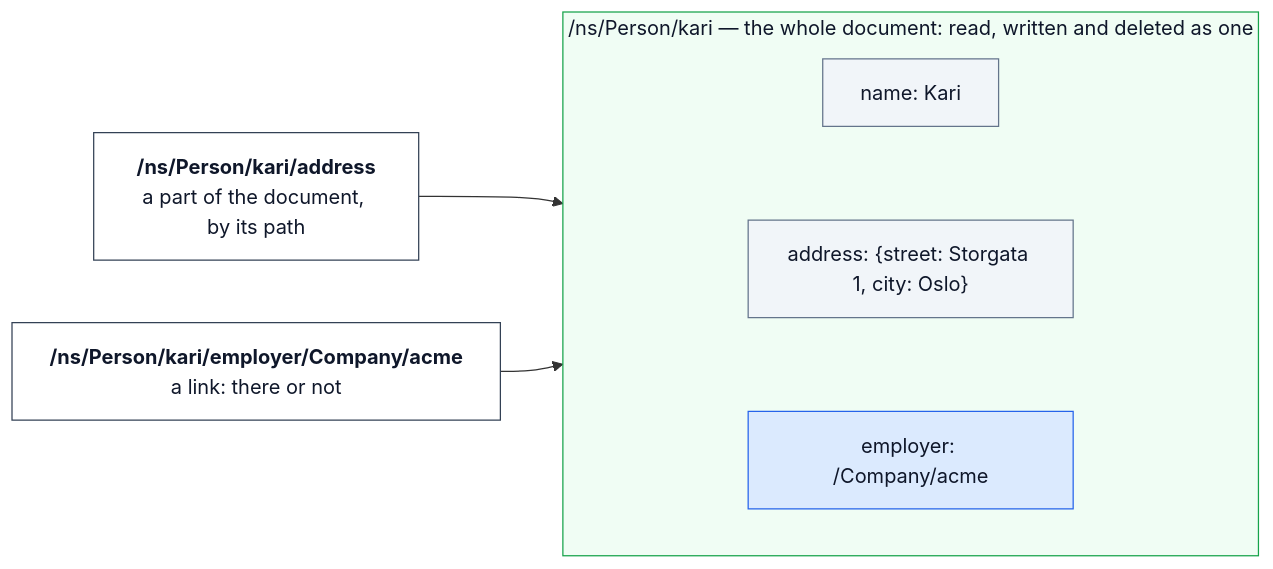
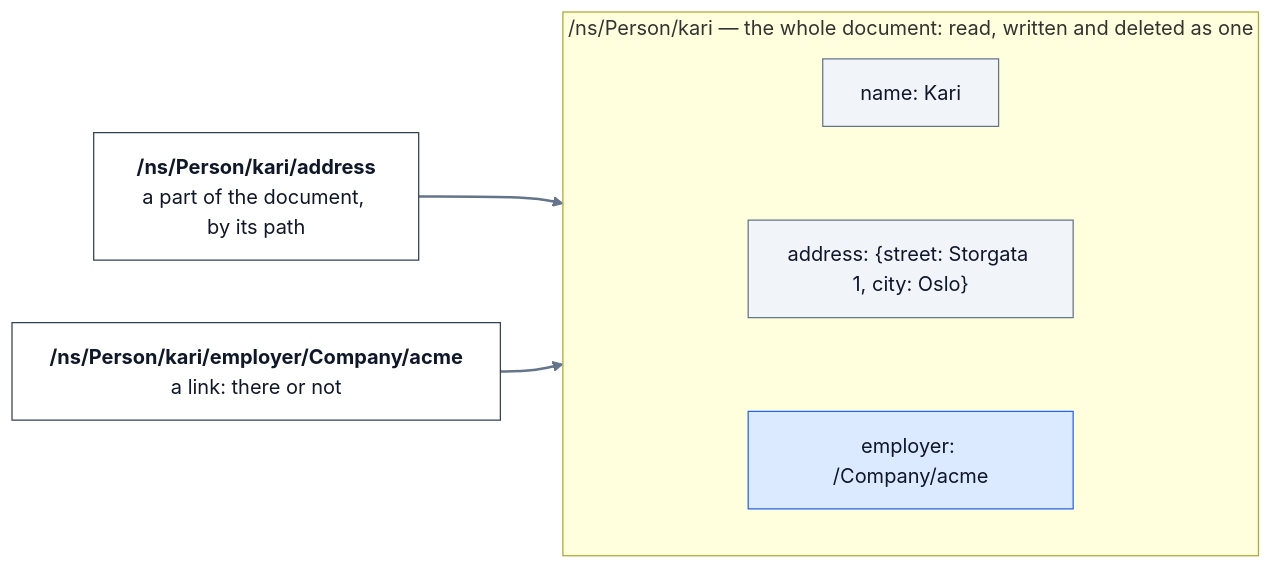
The fourth of 9 diagrams in docs/user/concepts.md (descoped/linked-data-store-project), drawn with Mermaid before and after one commit. The commit also changed other lines of this file and 1 other file, not shown here.

````diff
--- a/docs/user/concepts.md
+++ b/docs/user/concepts.md
@@ -439,18 +442,18 @@
 ```mermaid
 flowchart LR
     subgraph kari["/ns/Person/kari — the whole document: read, written and deleted as one"]
         direction TB
         name["name: Kari"]:::value
         address["address: {street: Storgata 1, city: Oslo}"]:::value
         employer["employer: /Company/acme"]:::link
         name ~~~ address ~~~ employer
     end
     part["<b>/ns/Person/kari/address</b><br/>a part of the document, by its path"]:::addr
     link["<b>/ns/Person/kari/employer/Company/acme</b><br/>a link: there or not"]:::addr
     part --> address
     link --> employer
     classDef value fill:#f1f5f9,stroke:#64748b,color:#0f172a
     classDef link fill:#dbeafe,stroke:#2563eb,color:#0f172a
     classDef addr fill:#ffffff,stroke:#334155,color:#0f172a
-    style kari fill:#f0fdf4,stroke:#16a34a,color:#0f172a
+    linkStyle 2,3 stroke:#64748b,stroke-width:2px
 ```
````
